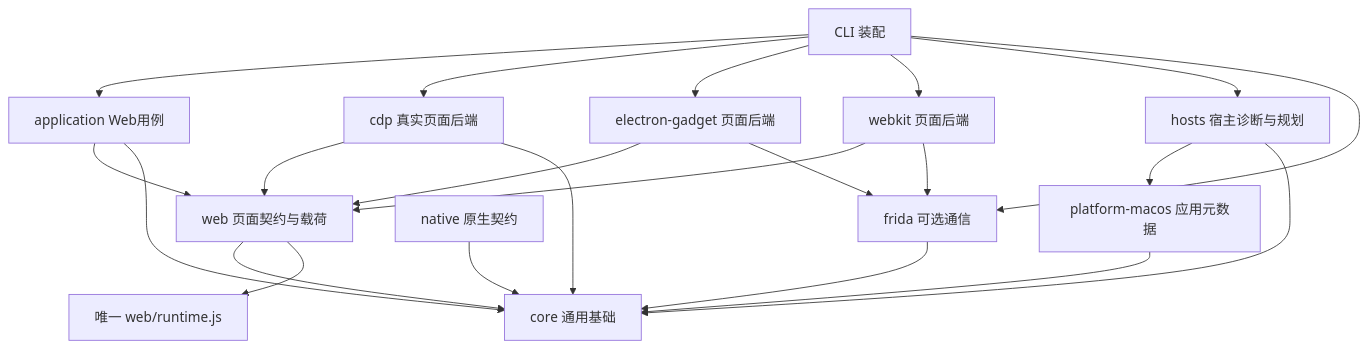
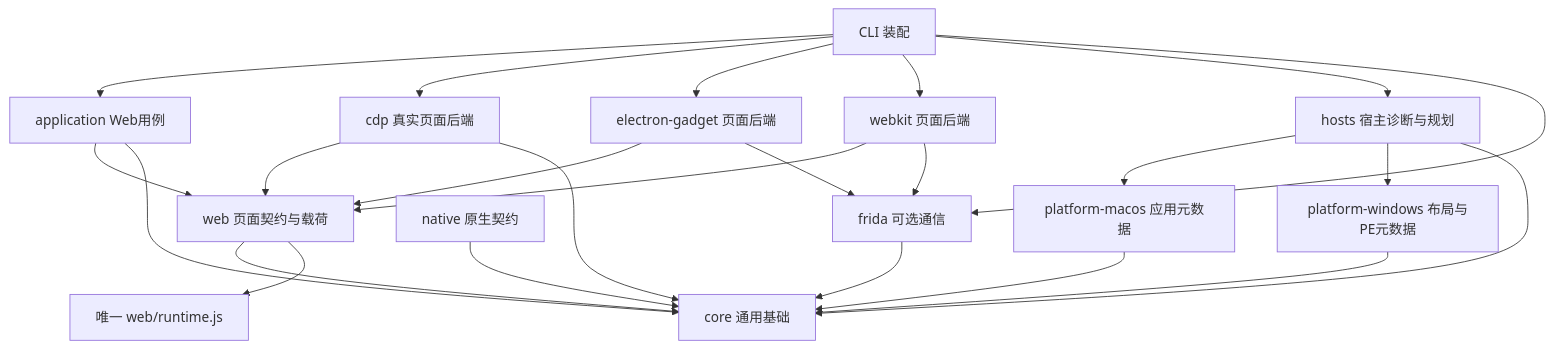
One commit to sqmw/injectra changed the diagram in docs/architecture/boundaries.md. Above: the diagram before and after it, drawn with Mermaid. The commit also changed other lines of this file and 56 other files, not shown here.

Commit message:
T-085: formalize cross-platform Windows core, Electron ESM preparation, and host survey baseline

````diff
--- a/docs/architecture/boundaries.md
+++ b/docs/architecture/boundaries.md
@@ -9,24 +9,26 @@
 ```mermaid
 flowchart TD
   CLI[CLI 装配] --> APP[application Web用例]
   CLI --> CDP[cdp 真实页面后端]
   CLI --> EG[electron-gadget 页面后端]
   CLI --> WK[webkit 页面后端]
   EG --> WEB
   WK --> WEB
   EG --> FRIDA[frida 可选通信]
   WK --> FRIDA
   FRIDA --> CORE
   CLI --> HOST[hosts 宿主诊断与规划]
   CLI --> FRIDA
   APP --> WEB[web 页面契约与载荷]
   CDP --> WEB
   WEB --> CORE[core 通用基础]
   APP --> CORE
   CDP --> CORE
   NATIVE[native 原生契约] --> CORE
   HOST --> MAC[platform-macos 应用元数据]
+  HOST --> WIN[platform-windows 布局与PE元数据]
   HOST --> CORE
   MAC --> CORE
+  WIN --> CORE
   WEB --> JS[唯一 web/runtime.js]
 ```
````
